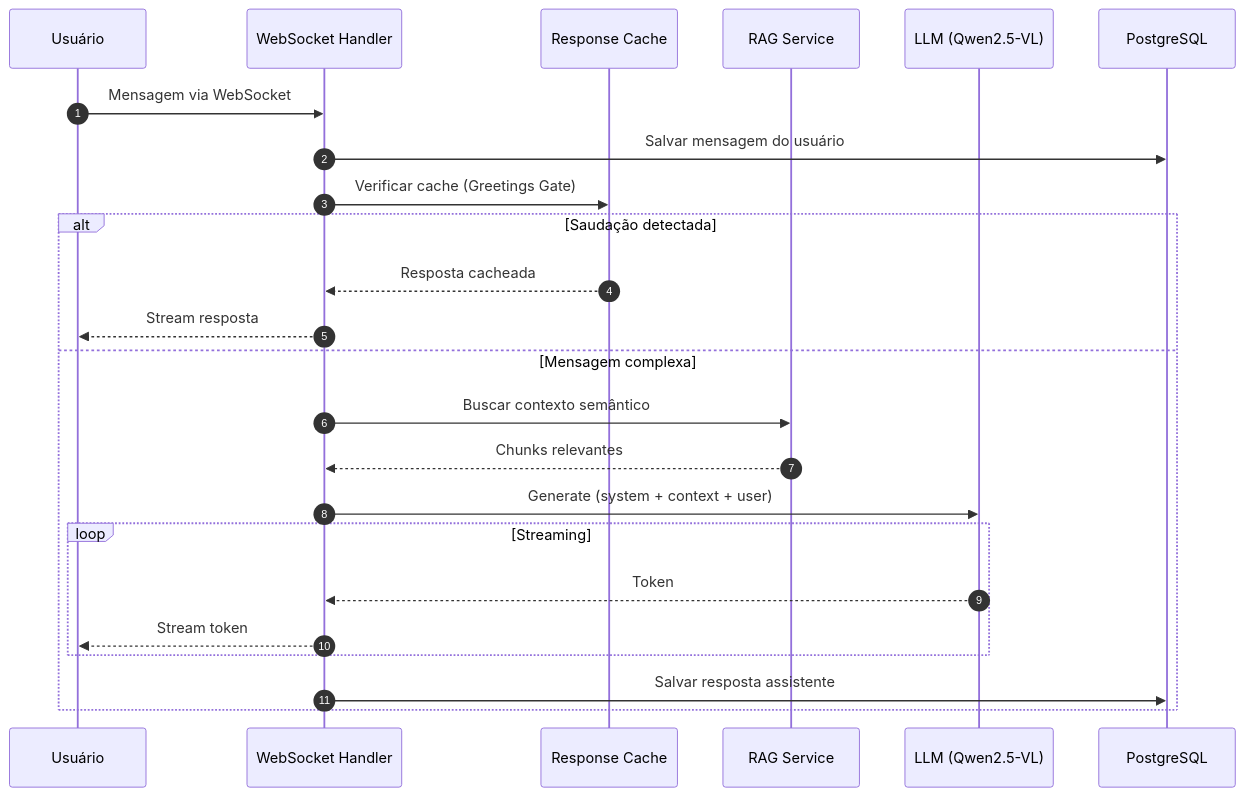
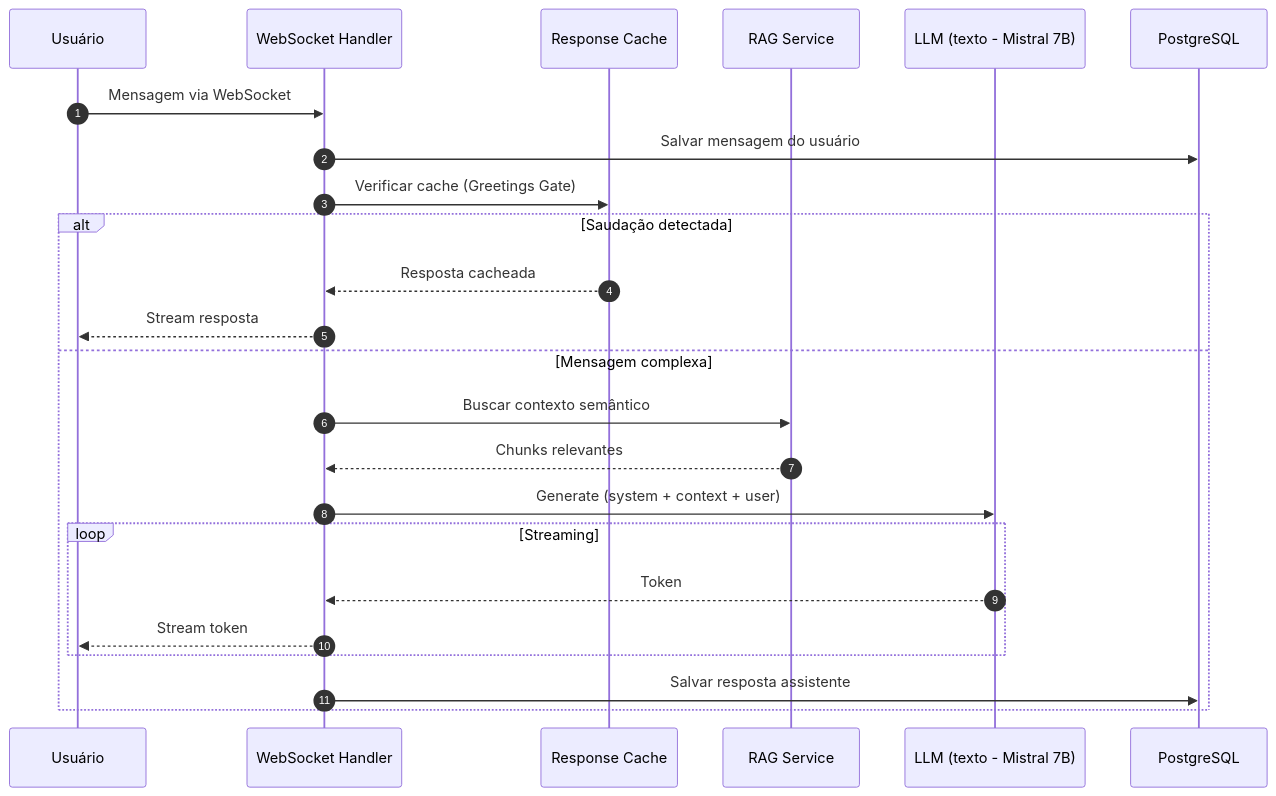
Before and after one commit to fillipeguerrabtc/alice: the sixth of 13 diagrams in docs/ARQUITETURA.md, drawn with Mermaid. The commit also changed other lines of this file and 19 other files, not shown here.

````diff
--- a/docs/ARQUITETURA.md
+++ b/docs/ARQUITETURA.md
@@ -355,28 +355,28 @@
 ```mermaid
 sequenceDiagram
     autonumber
     participant U as Usuário
     participant WS as WebSocket Handler
     participant RC as Response Cache
     participant RAG as RAG Service
-    participant LLM as LLM (Qwen2.5-VL)
+    participant LLM as LLM (texto - Mistral 7B)
     participant DB as PostgreSQL
     
     U->>WS: Mensagem via WebSocket
     WS->>DB: Salvar mensagem do usuário
     WS->>RC: Verificar cache (Greetings Gate)
     
     alt Saudação detectada
         RC-->>WS: Resposta cacheada
         WS-->>U: Stream resposta
     else Mensagem complexa
         WS->>RAG: Buscar contexto semântico
         RAG-->>WS: Chunks relevantes
         WS->>LLM: Generate (system + context + user)
         loop Streaming
             LLM-->>WS: Token
             WS-->>U: Stream token
         end
         WS->>DB: Salvar resposta assistente
     end
 ```
````
